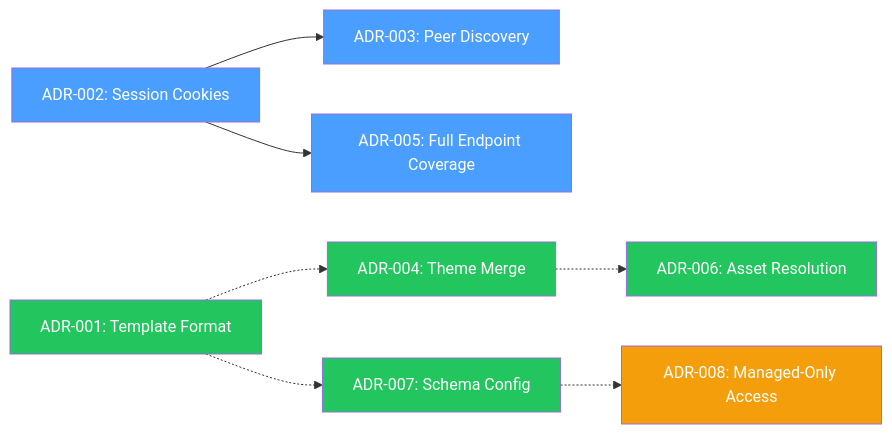
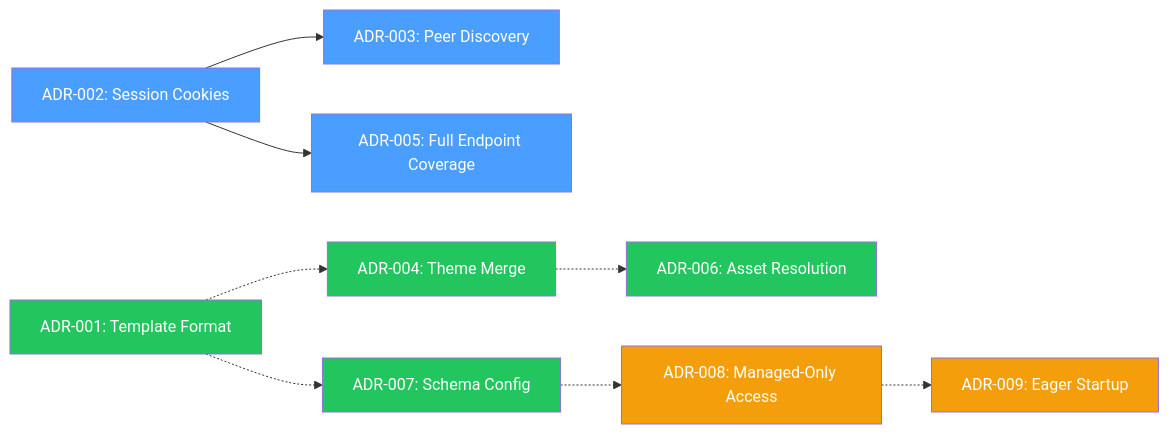
The diagram in docs/decisions/index.md (nogoo9/no-crd), drawn with Mermaid before and after one commit. The commit also changed other lines of this file and 18 other files, not shown here.

````diff
--- a/docs/decisions/index.md
+++ b/docs/decisions/index.md
@@ -33,17 +34,19 @@
 ```mermaid
 graph LR
     ADR002["ADR-002: Session Cookies"] --> ADR003["ADR-003: Peer Discovery"]
     ADR002 --> ADR005["ADR-005: Full Endpoint Coverage"]
     ADR001["ADR-001: Template Format"] -.-> ADR004["ADR-004: Theme Merge"]
     ADR004 -.-> ADR006["ADR-006: Asset Resolution"]
     ADR001 -.-> ADR007["ADR-007: Schema Config"]
     ADR007 -.-> ADR008["ADR-008: Managed-Only Access"]
+    ADR008 -.-> ADR009["ADR-009: Eager Startup"]
     style ADR002 fill:#4a9eff,color:#fff
     style ADR003 fill:#4a9eff,color:#fff
     style ADR005 fill:#4a9eff,color:#fff
     style ADR001 fill:#22c55e,color:#fff
     style ADR004 fill:#22c55e,color:#fff
     style ADR006 fill:#22c55e,color:#fff
     style ADR007 fill:#22c55e,color:#fff
     style ADR008 fill:#f59e0b,color:#fff
+    style ADR009 fill:#f59e0b,color:#fff
 ```
````
